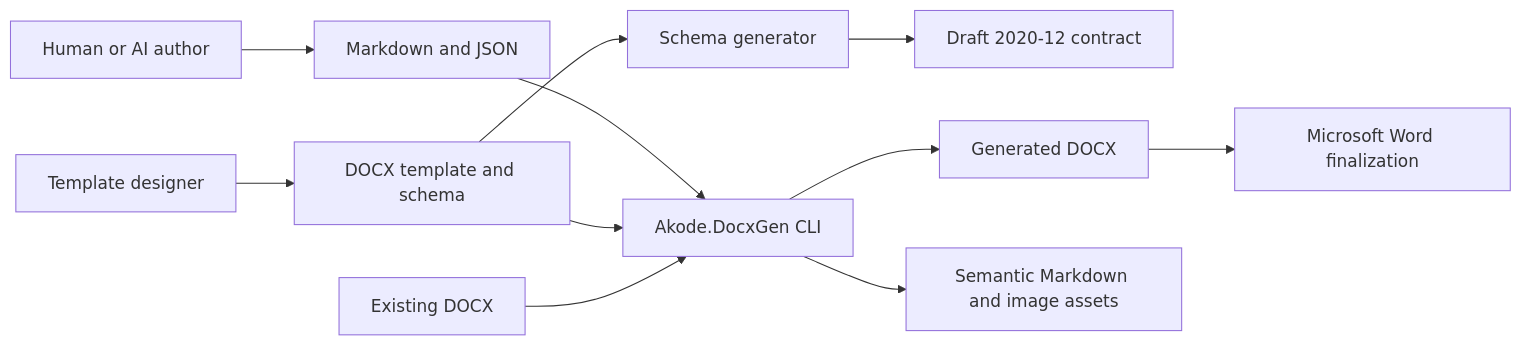
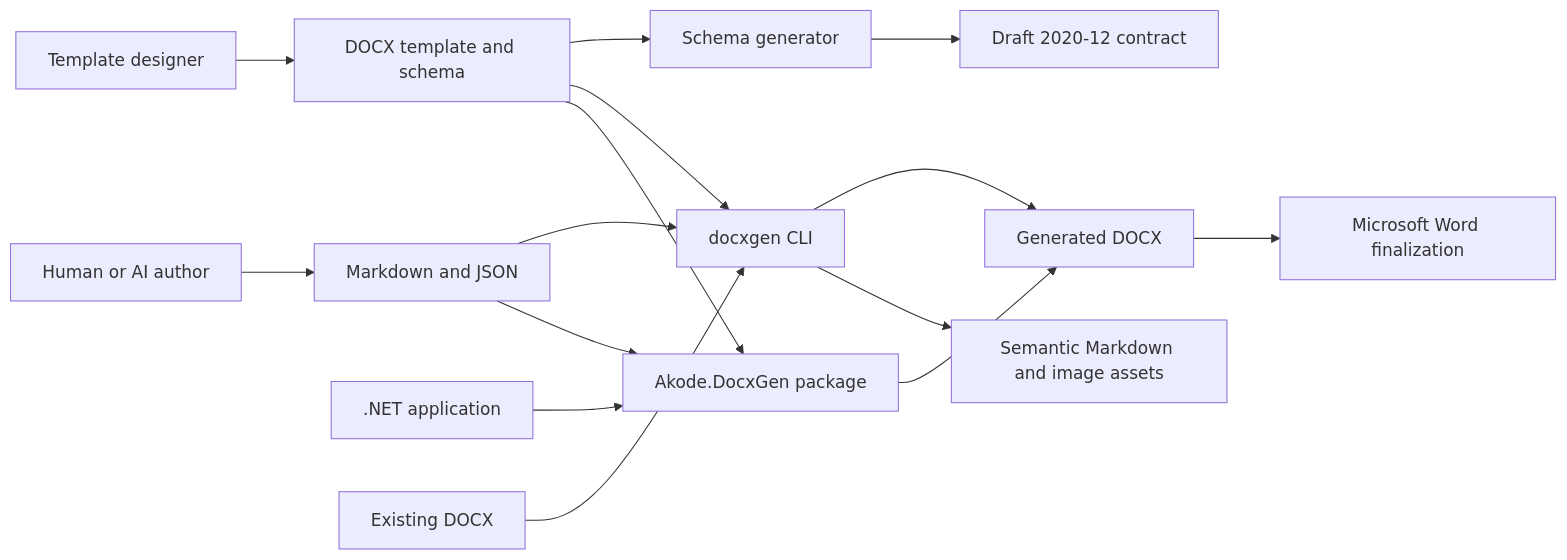
The first of 5 diagrams in docs/architecture.md (akode-dev/docxgen), drawn with Mermaid before and after one commit. The commit also changed other lines of this file and 63 other files, not shown here.

Commit message:
Prepare DocxGen 2.0 open-source release

````diff
--- a/docs/architecture.md
+++ b/docs/architecture.md
@@ -5,13 +5,17 @@
 ```mermaid
 flowchart LR
     Author["Human or AI author"] --> MD["Markdown and JSON"]
     Designer["Template designer"] --> T["DOCX template and schema"]
     T --> Generator["Schema generator"]
     Generator --> Schema["Draft 2020-12 contract"]
-    MD --> CLI["Akode.DocxGen CLI"]
+    MD --> CLI["docxgen CLI"]
     T --> CLI
     CLI --> O["Generated DOCX"]
+    Host[".NET application"] --> Library["Akode.DocxGen package"]
+    MD --> Library
+    T --> Library
+    Library --> O
     O --> Word["Microsoft Word finalization"]
     Existing["Existing DOCX"] --> CLI
     CLI --> Extracted["Semantic Markdown and image assets"]
 ```
````
